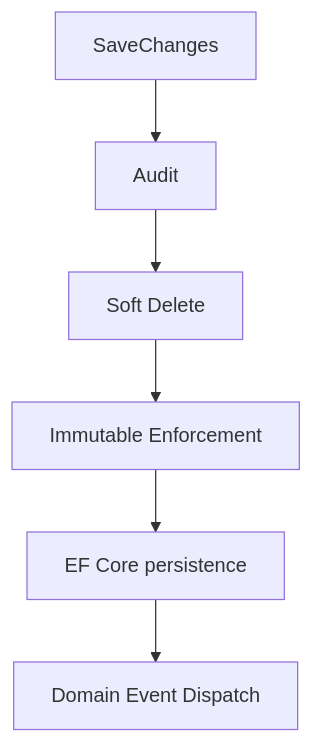
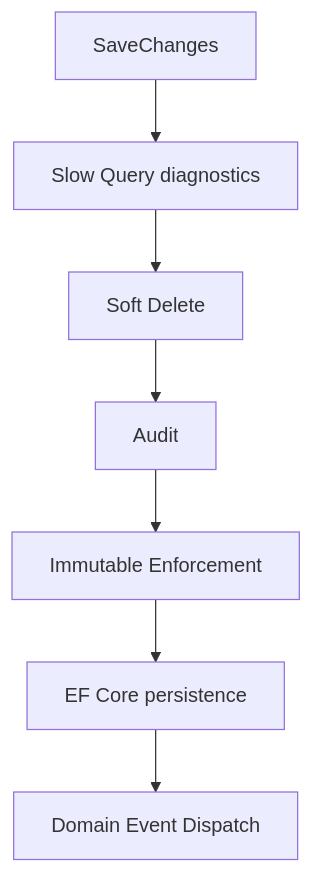
Before and after one commit to Kukulcan-Software-Designer/KUKULCAN.SharedKernel.Database: the second of 2 diagrams in Documentation/ARCHITECTURE.md, drawn with Mermaid. The commit also changed other lines of this file, not shown here.

````diff
--- a/Documentation/ARCHITECTURE.md
+++ b/Documentation/ARCHITECTURE.md
@@ -110,8 +118,9 @@
 ``` mermaid
 flowchart TD
-    S["SaveChanges"] --> A["Audit"]
-    A --> SD["Soft Delete"]
-    SD --> IM["Immutable Enforcement"]
+    S["SaveChanges"] --> SQ["Slow Query diagnostics"]
+    SQ --> SD["Soft Delete"]
+    SD --> A["Audit"]
+    A --> IM["Immutable Enforcement"]
     IM --> P["EF Core persistence"]
     P --> DE["Domain Event Dispatch"]
 ```
````
